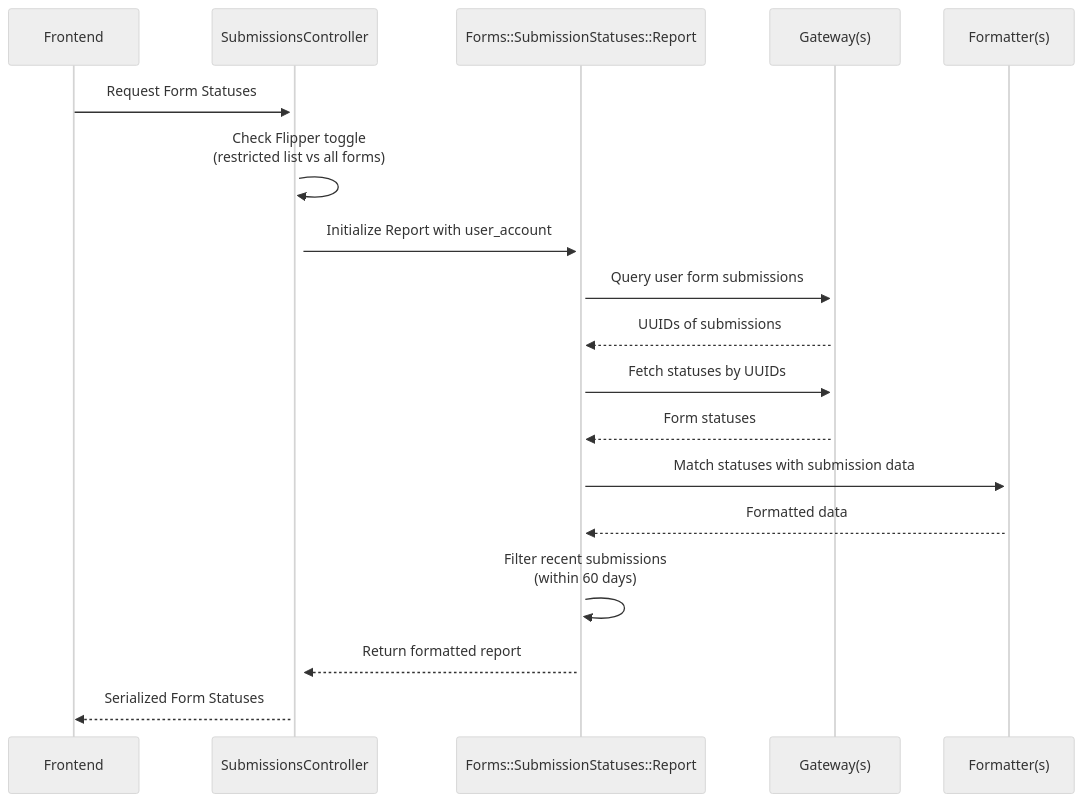
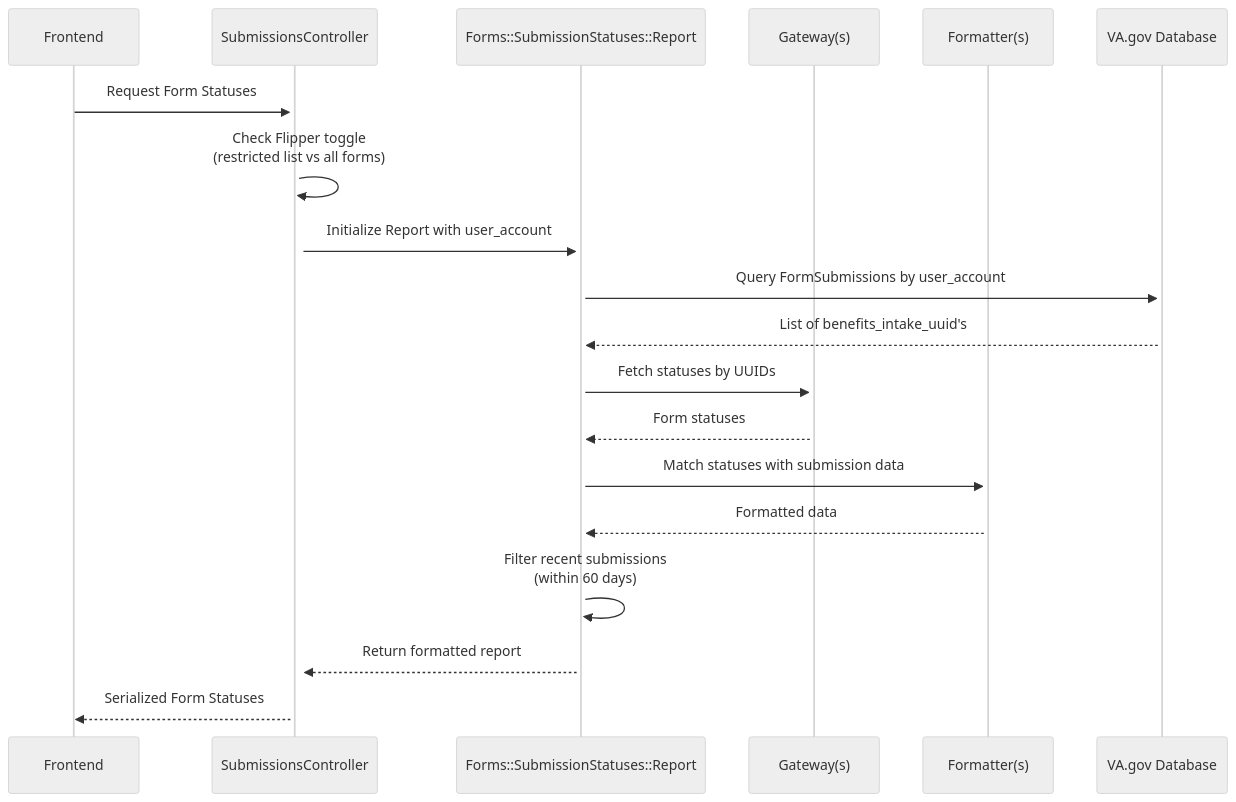
Before and after one commit to department-of-veterans-affairs/va.gov-team: the diagram in products/identity-personalization/my-va/forms-status-on-My-VA/adding-a-form.md, drawn with Mermaid (neutral theme). The commit also changed other lines of this file, not shown here.

````diff
--- a/products/identity-personalization/my-va/forms-status-on-My-VA/adding-a-form.md
+++ b/products/identity-personalization/my-va/forms-status-on-My-VA/adding-a-form.md
@@ -46,26 +57,27 @@
 ```mermaid
 sequenceDiagram
     participant FE as Frontend
     participant SC as SubmissionsController
     participant R as Forms::SubmissionStatuses::Report
     participant G as Gateway(s)
     participant F as Formatter(s)
+    participant DB as VA.gov Database
 
     FE->>+SC: Request Form Statuses
     SC->>+SC: Check Flipper toggle<br/> (restricted list vs all forms)
     SC->>+R: Initialize Report with user_account
 
-    R->>+G: Query user form submissions
-    G-->>R: UUIDs of submissions
+    R->>+DB: Query FormSubmissions by user_account
+    DB-->>R: List of benefits_intake_uuid's
 
     R->>+G: Fetch statuses by UUIDs
     G-->>R: Form statuses
 
     R->>+F: Match statuses with submission data
     F-->>R: Formatted data
 
     R->>+R: Filter recent submissions<br/>(within 60 days)
 
     R-->>SC: Return formatted report
     SC-->>FE: Serialized Form Statuses
 ```
````
